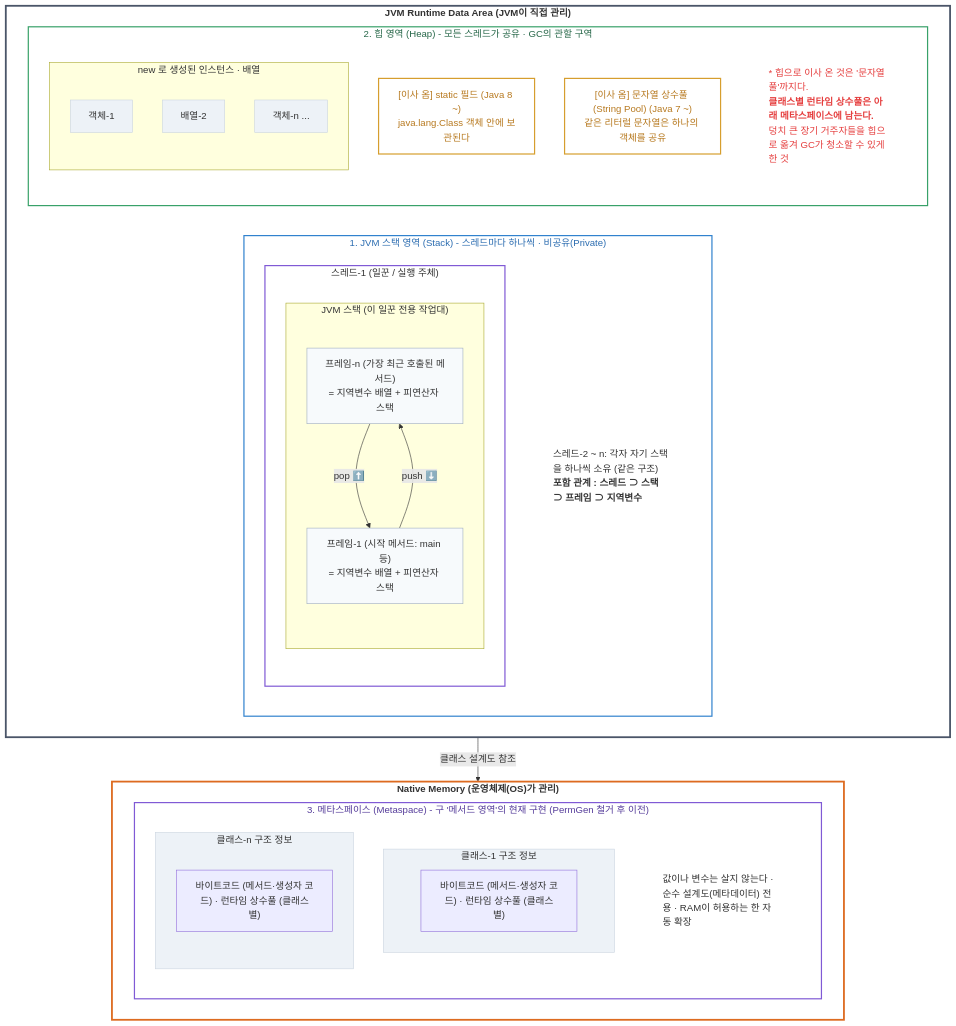
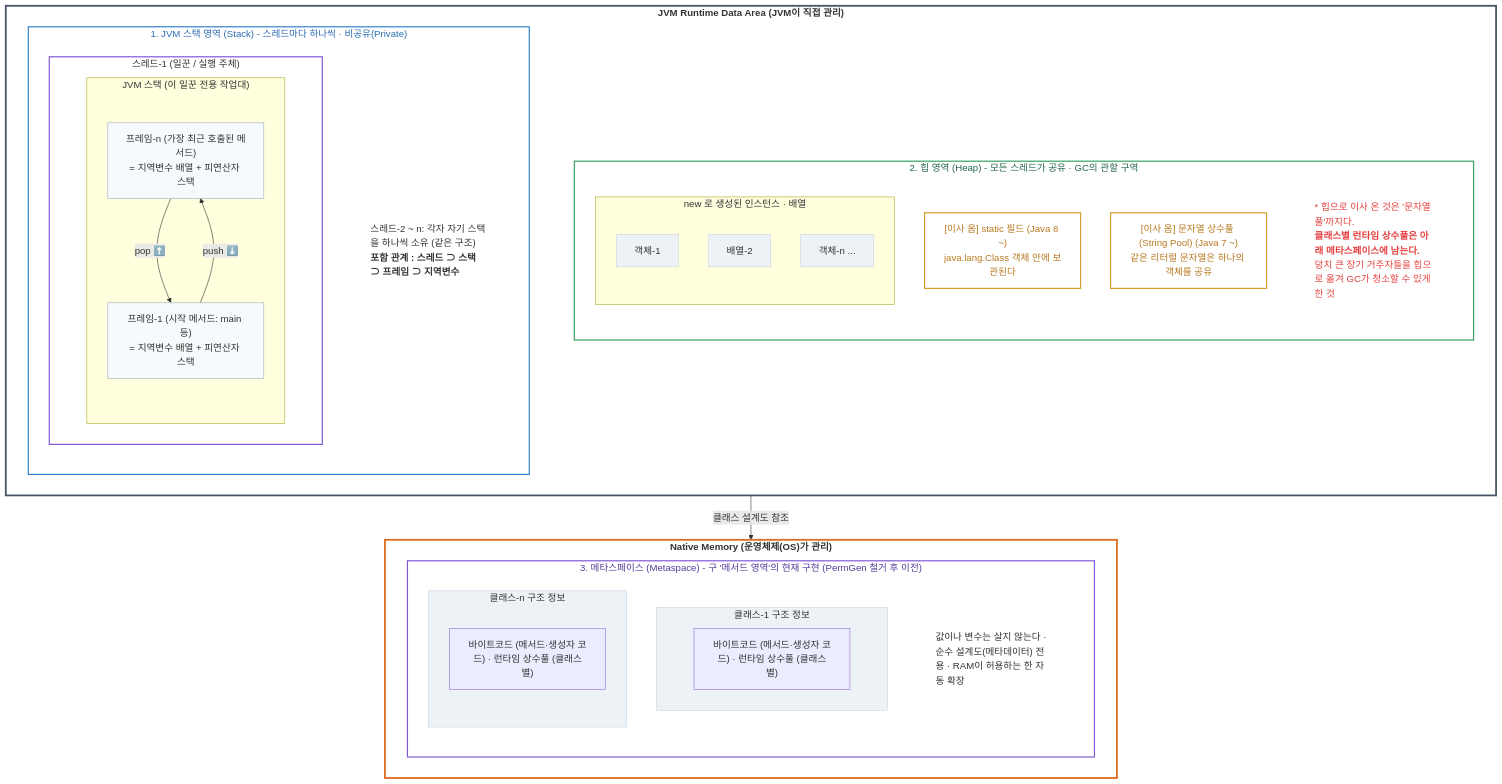
Before and after one commit to sungjin-dev/sungjin-dev.github.io: the second of 8 diagrams in _posts/2026-07-11-java-reference-type-study-1.md, drawn with Mermaid.

```diff
--- a/_posts/2026-07-11-java-reference-type-study-1.md
+++ b/_posts/2026-07-11-java-reference-type-study-1.md
@@ -58,11 +58,14 @@
     %% JVM Runtime Data Area (상단 거대 그룹)
     %% ──────────────────────────────────────────────────────────
     subgraph RDA ["JVM Runtime Data Area (JVM이 직접 관리)"]
-        
-        %% [1] JVM 스택 영역
+        direction LR  %% 이 그룹 내부만 왼쪽에서 오른쪽(Left to Right)으로 흐르도록 배치 강제
+
+        %% [1] JVM 스택 영역 (좌측 배치)
         subgraph STACK_AREA ["1. JVM 스택 영역 (Stack) - 스레드마다 하나씩 · 비공유(Private)"]
+            direction TD
             subgraph THREAD1 ["스레드-1 (일꾼 / 실행 주체)"]
                 subgraph JVM_ST ["JVM 스택 (이 일꾼 전용 작업대)"]
+                    direction TD
                     F_N["프레임-n (가장 최근 호출된 메서드)<br>= 지역변수 배열 + 피연산자 스택"]
                     F_1["프레임-1 (시작 메서드: main 등)<br>= 지역변수 배열 + 피연산자 스택"]
                     
@@ -74,8 +77,12 @@
             STACK_TEXT["스레드-2 ~ n: 각자 자기 스택을 하나씩 소유 (같은 구조)<br><b>포함 관계 : 스레드 ⊃ 스택 ⊃ 프레임 ⊃ 지역변수</b>"]
         end
 
-        %% [2] 힙 영역
+        %% 두 영역이 수평으로 묶이도록 보이지 않는 투명 연결선 추가 (트릭)
+        STACK_AREA ~~~ HEAP_AREA
+
+        %% [2] 힙 영역 (우측 배치)
         subgraph HEAP_AREA ["2. 힙 영역 (Heap) - 모든 스레드가 공유 · GC의 관할 구역"]
+            direction TD
             subgraph OBJECTS ["new 로 생성된 인스턴스 · 배열"]
                 OBJ1["객체-1"]
                 ARR2["배열-2"]
```
